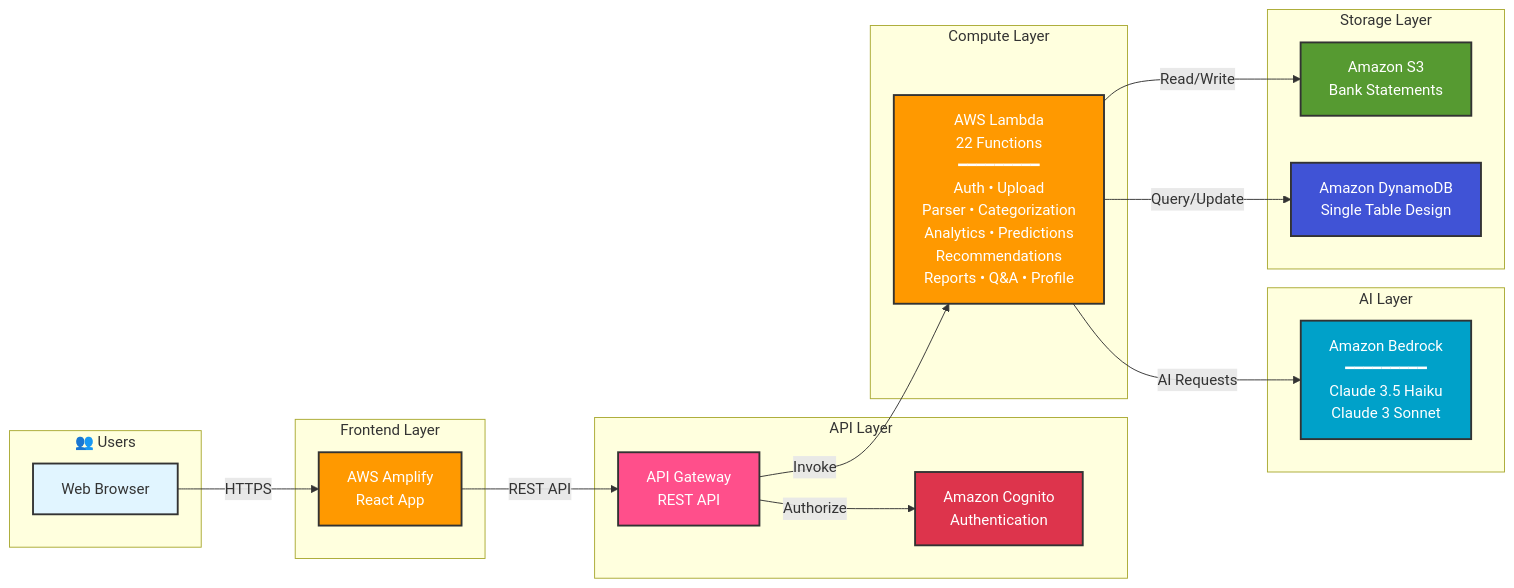
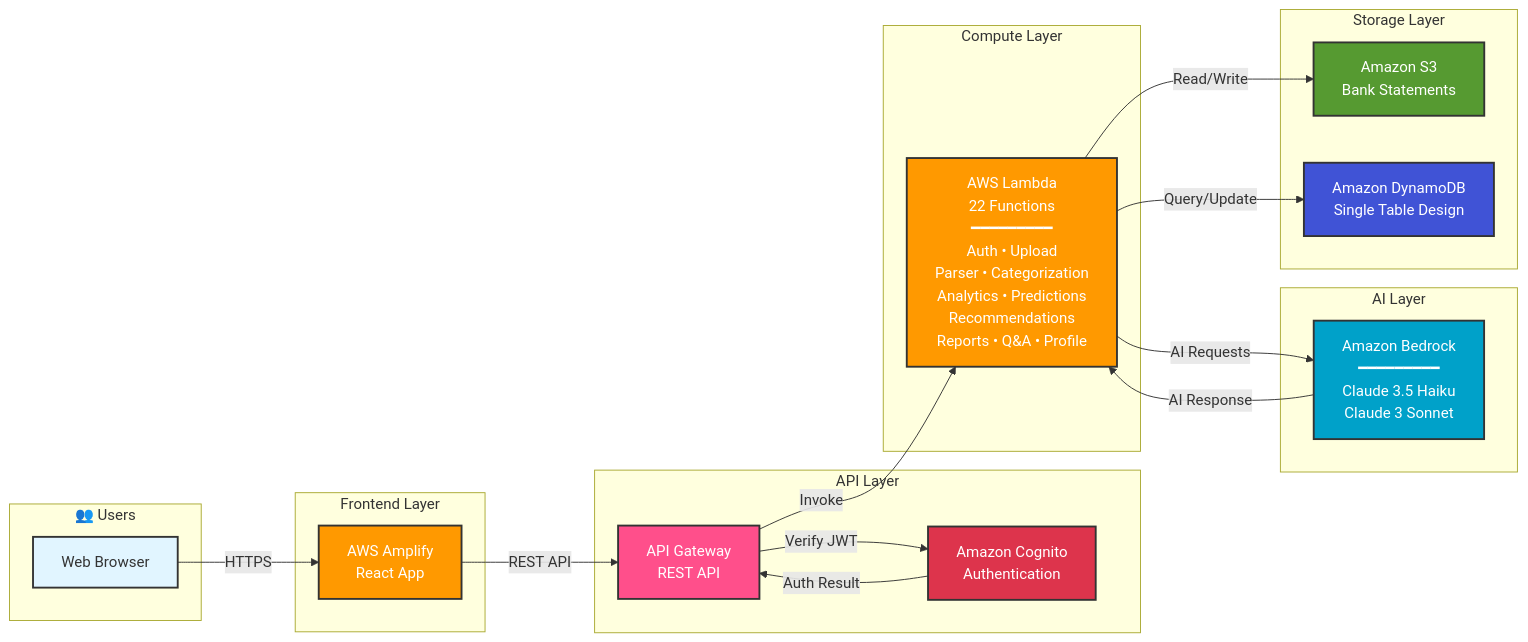
Before and after one commit to yabelyaev/N3xFin: the first of 6 diagrams in ARCHITECTURE.md, drawn with Mermaid.

Commit message:
Fix architecture diagram arrows to show bidirectional communication flows

````diff
--- a/ARCHITECTURE.md
+++ b/ARCHITECTURE.md
@@ -5,45 +5,47 @@
 ```mermaid
 graph LR
     subgraph Users["👥 Users"]
         CLIENT[Web Browser]
     end
 
     subgraph Frontend["Frontend Layer"]
         AMPLIFY[AWS Amplify<br/>React App]
     end
 
     subgraph API["API Layer"]
         APIGW[API Gateway<br/>REST API]
         COGNITO[Amazon Cognito<br/>Authentication]
     end
 
     subgraph Compute["Compute Layer"]
         LAMBDA[AWS Lambda<br/>22 Functions<br/>━━━━━━━━━<br/>Auth • Upload<br/>Parser • Categorization<br/>Analytics • Predictions<br/>Recommendations<br/>Reports • Q&A • Profile]
     end
 
     subgraph AI["AI Layer"]
         BEDROCK[Amazon Bedrock<br/>━━━━━━━━━<br/>Claude 3.5 Haiku<br/>Claude 3 Sonnet]
     end
 
     subgraph Storage["Storage Layer"]
         S3[Amazon S3<br/>Bank Statements]
         DYNAMO[Amazon DynamoDB<br/>Single Table Design]
     end
 
     CLIENT -->|HTTPS| AMPLIFY
     AMPLIFY -->|REST API| APIGW
-    APIGW -->|Authorize| COGNITO
+    APIGW -->|Verify JWT| COGNITO
+    COGNITO -->|Auth Result| APIGW
     APIGW -->|Invoke| LAMBDA
     LAMBDA -->|AI Requests| BEDROCK
+    BEDROCK -->|AI Response| LAMBDA
     LAMBDA -->|Read/Write| S3
     LAMBDA -->|Query/Update| DYNAMO
 
     style CLIENT fill:#e1f5ff,stroke:#333,stroke-width:2px
     style AMPLIFY fill:#ff9900,stroke:#333,stroke-width:2px,color:#fff
     style APIGW fill:#ff4f8b,stroke:#333,stroke-width:2px,color:#fff
     style COGNITO fill:#dd344c,stroke:#333,stroke-width:2px,color:#fff
     style LAMBDA fill:#ff9900,stroke:#333,stroke-width:2px,color:#fff
     style BEDROCK fill:#00a1c9,stroke:#333,stroke-width:2px,color:#fff
     style S3 fill:#569a31,stroke:#333,stroke-width:2px,color:#fff
     style DYNAMO fill:#4053d6,stroke:#333,stroke-width:2px,color:#fff
 ```
````
